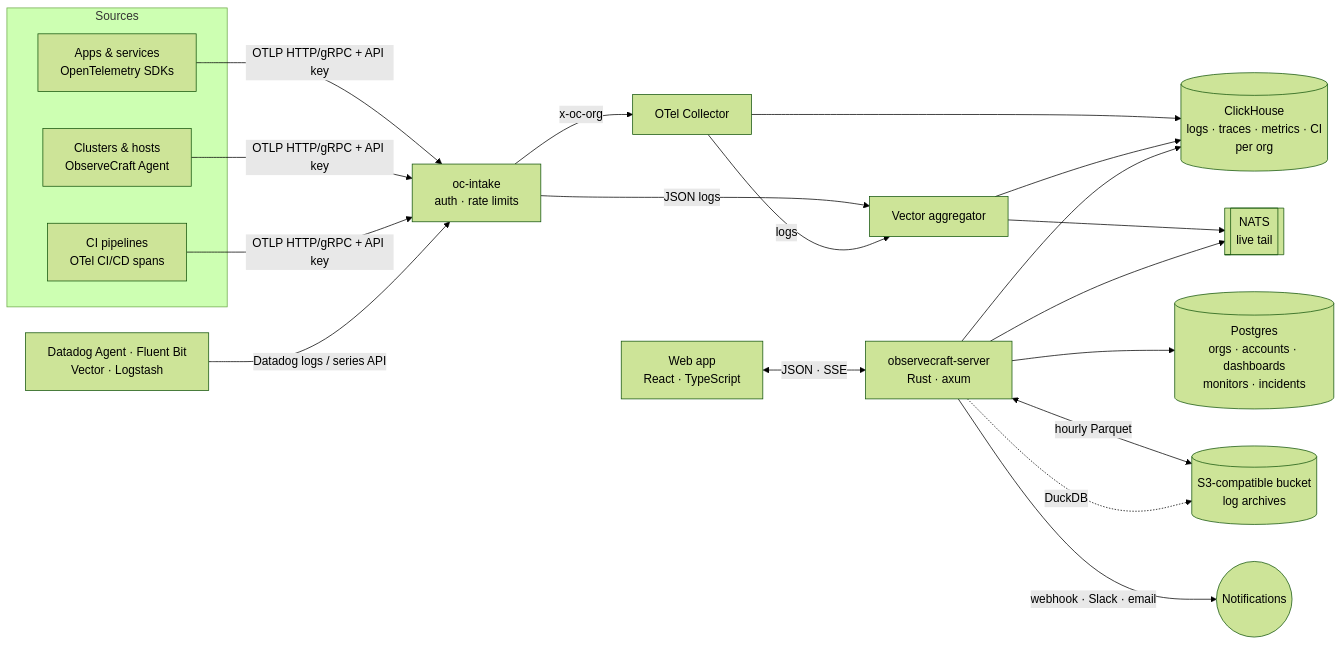
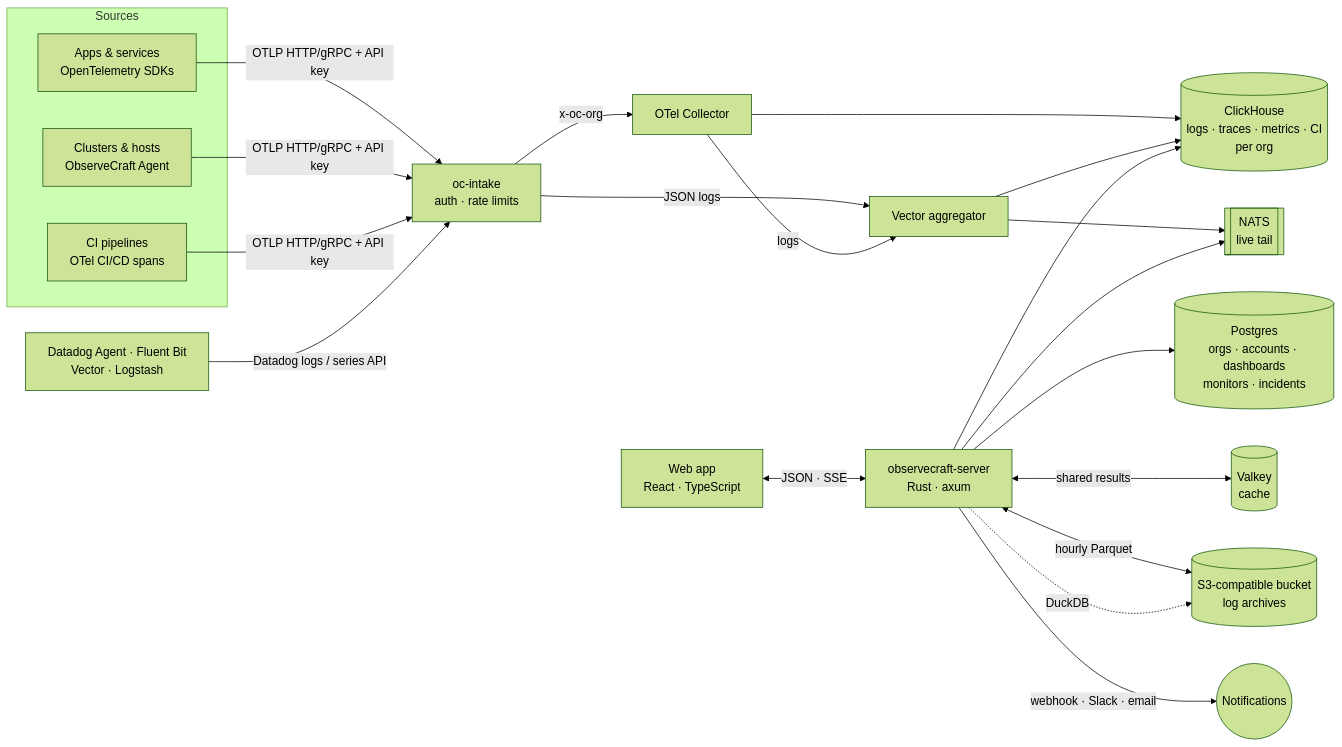
One commit to observecraft/observecraft changed the diagram in README.md. Above: the diagram before and after it, drawn with Mermaid (forest theme). The commit also changed other lines of this file and 88 other files, not shown here.

````diff
--- a/README.md
+++ b/README.md
@@ -237,24 +238,25 @@
 ```mermaid
 flowchart LR
   subgraph Sources
     A[Apps & services<br/>OpenTelemetry SDKs]
     H[Clusters & hosts<br/>ObserveCraft Agent]
     C[CI pipelines<br/>OTel CI/CD spans]
   end
   D[Datadog Agent · Fluent Bit<br/>Vector · Logstash]
   A & H & C -->|OTLP HTTP/gRPC + API key| IN[oc-intake<br/>auth · rate limits]
   D -->|Datadog logs / series API| IN
   IN -->|x-oc-org| COL[OTel Collector]
   IN -->|JSON logs| VEC[Vector aggregator]
   COL -->|logs| VEC
   COL --> CH[(ClickHouse<br/>logs · traces · metrics · CI<br/>per org)]
   VEC --> CH
   VEC --> NATS[[NATS<br/>live tail]]
   API[observecraft-server<br/>Rust · axum] --> CH
   API --> PG[(Postgres<br/>orgs · accounts · dashboards<br/>monitors · incidents)]
   API --> NATS
+  API <-->|shared results| VK[(Valkey<br/>cache)]
   API <-->|hourly Parquet| S3[(S3-compatible bucket<br/>log archives)]
   API -.->|DuckDB| S3
   API -->|webhook · Slack · email| OUT((Notifications))
   UI[Web app<br/>React · TypeScript] <-->|JSON · SSE| API
 ```
````
